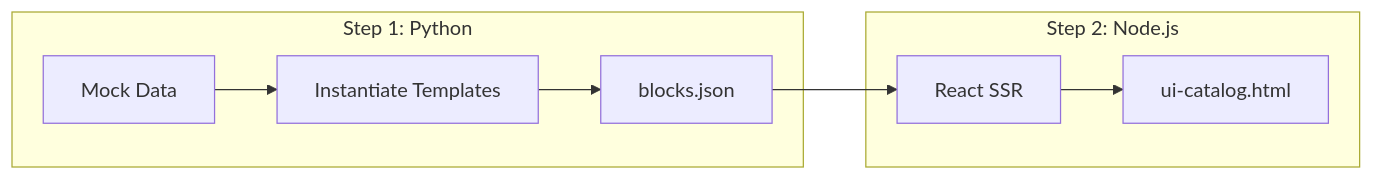
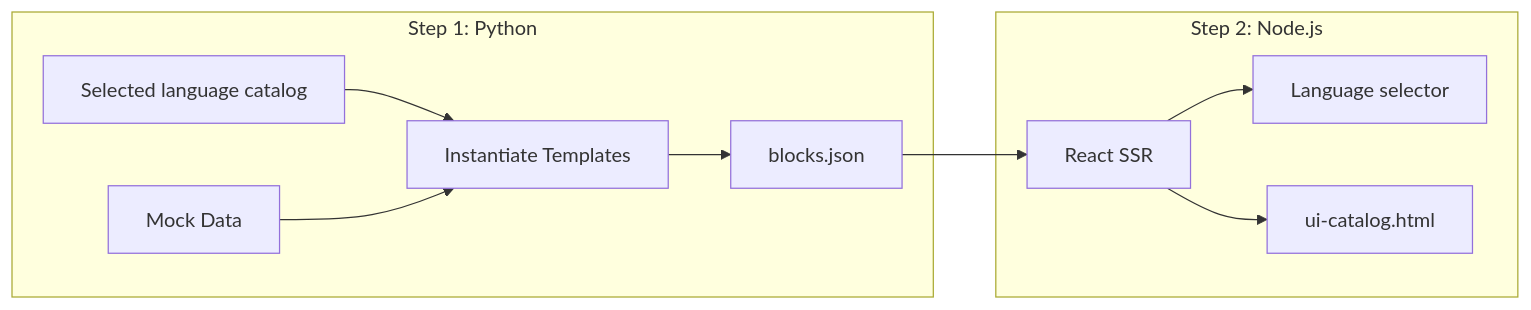
One commit to strakergroup/Nake-Agentic-Slack changed the diagram in docs/ui-export.md. Above: the diagram before and after it, drawn with Mermaid. The commit also changed other lines of this file and 11 other files, not shown here.

````diff
--- a/docs/ui-export.md
+++ b/docs/ui-export.md
@@ -16,11 +16,13 @@
 ```mermaid
 flowchart LR
     subgraph pythonStep ["Step 1: Python"]
+        Language[Selected language catalog] --> Templates
         MockData[Mock Data] --> Templates[Instantiate Templates]
         Templates --> JSON[blocks.json]
     end
     subgraph nodeStep ["Step 2: Node.js"]
         JSON --> Render[React SSR]
+        Render --> Selector[Language selector]
         Render --> HTML[ui-catalog.html]
     end
 ```
````
